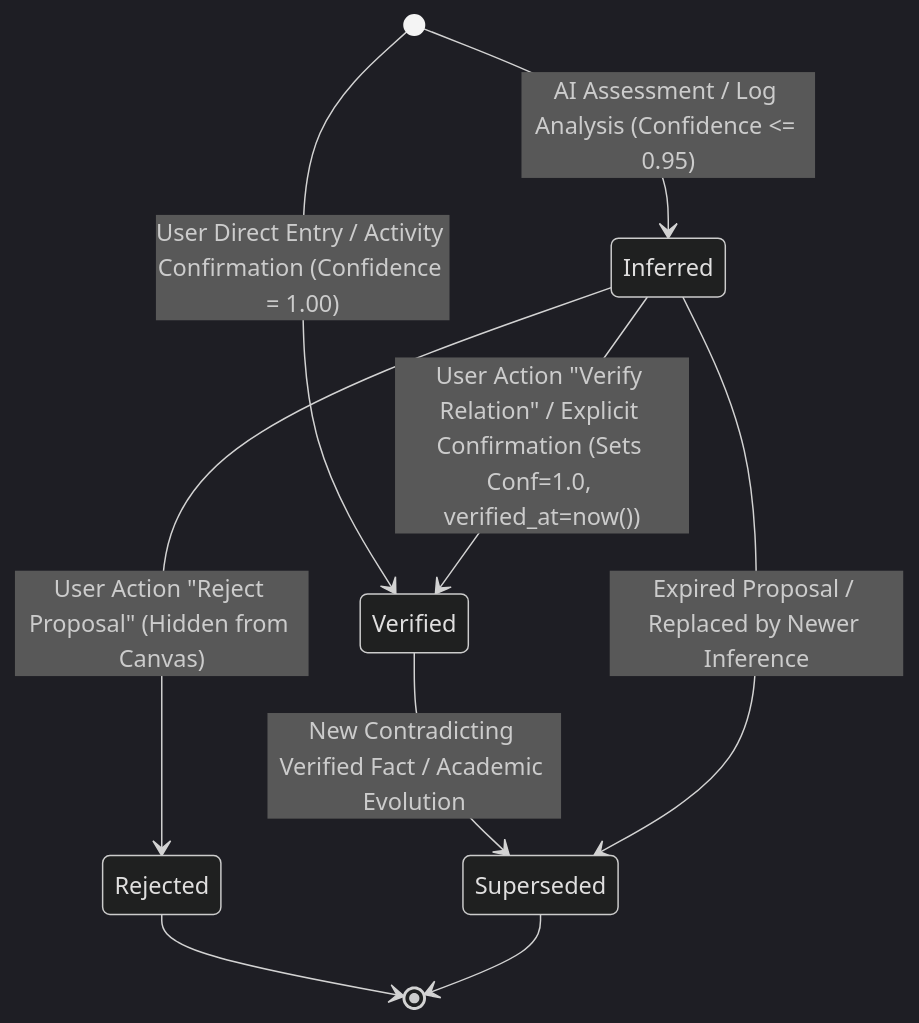
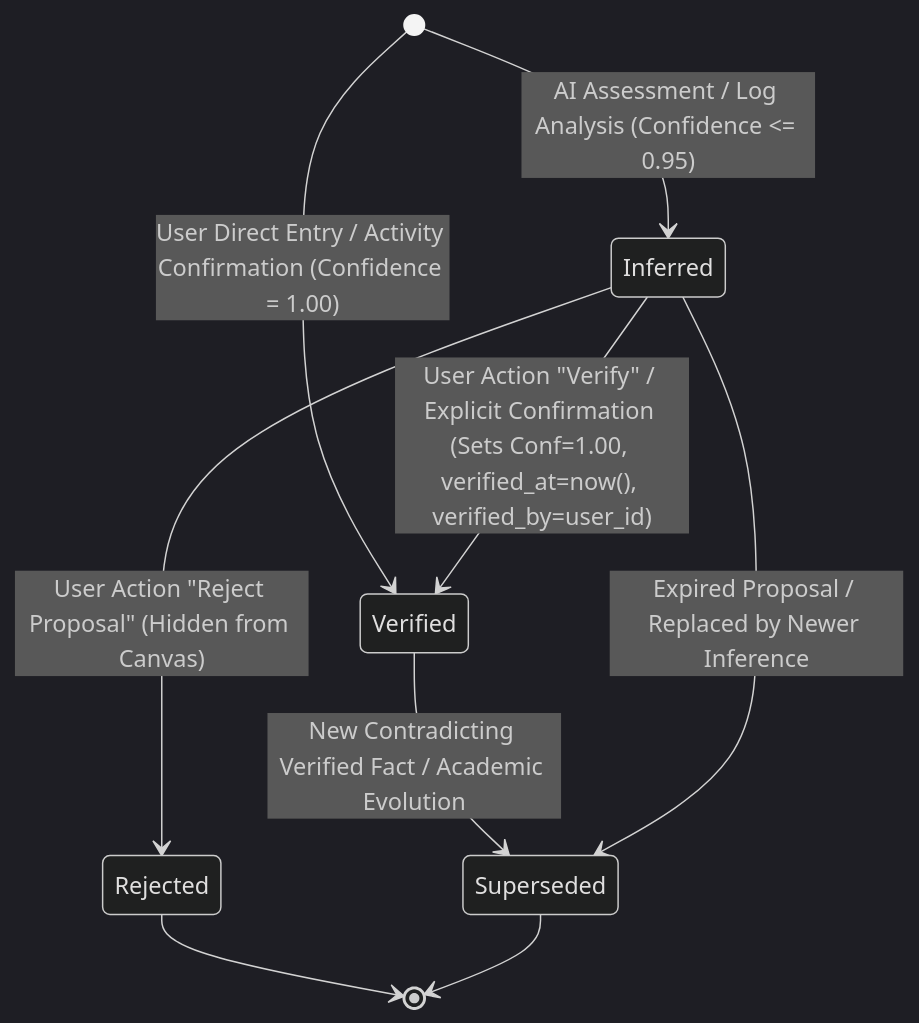
Before and after one commit to Daylily-Huang/AI-Personal-Growth-RPG: the diagram in docs/Stage6/02_KNOWLEDGE_AUTHORITY_RULES.md, drawn with Mermaid (dark theme). The commit also changed other lines of this file and 5 other files, not shown here.

````diff
--- a/docs/Stage6/02_KNOWLEDGE_AUTHORITY_RULES.md
+++ b/docs/Stage6/02_KNOWLEDGE_AUTHORITY_RULES.md
@@ -31,14 +31,14 @@
 ```mermaid
 stateDiagram-v2
     [*] --> Inferred: AI Assessment / Log Analysis (Confidence <= 0.95)
     [*] --> Verified: User Direct Entry / Activity Confirmation (Confidence = 1.00)
     
-    Inferred --> Verified: User Action "Verify Relation" / Explicit Confirmation (Sets Conf=1.0, verified_at=now())
+    Inferred --> Verified: User Action "Verify" / Explicit Confirmation (Sets Conf=1.00, verified_at=now(), verified_by=user_id)
     Inferred --> Rejected: User Action "Reject Proposal" (Hidden from Canvas)
     
     Verified --> Superseded: New Contradicting Verified Fact / Academic Evolution
     Inferred --> Superseded: Expired Proposal / Replaced by Newer Inference
     
     Rejected --> [*]
     Superseded --> [*]
 ```
````
